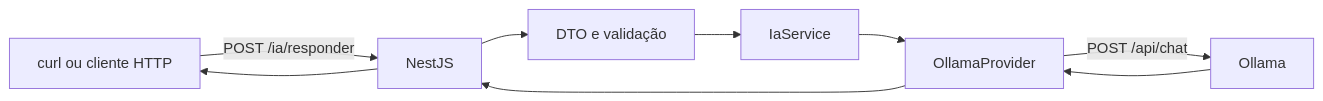
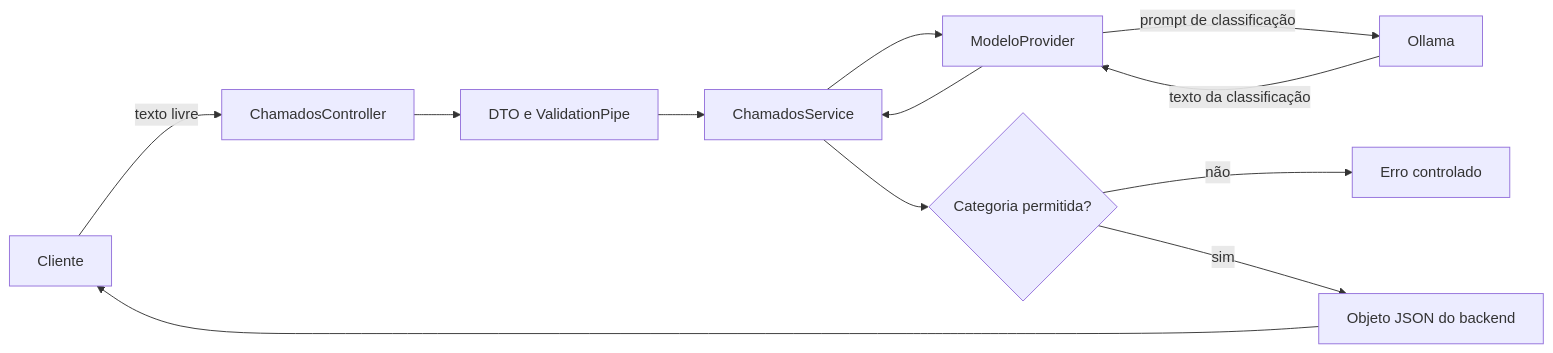
Before and after one commit to luciano-alexandre/topicos-avancados: the diagram in docs/encontros/encontro-07.md, drawn with Mermaid. The commit also changed other lines of this file and 1 other file, not shown here.

````diff
--- a/docs/encontros/encontro-07.md
+++ b/docs/encontros/encontro-07.md
@@ -26,11 +38,14 @@
 ```mermaid
 flowchart LR
-    C[curl ou cliente HTTP] -->|POST /ia/responder| N[NestJS]
-    N --> D[DTO e validação]
-    D --> S[IaService]
-    S --> P[OllamaProvider]
-    P -->|POST /api/chat| O[Ollama]
-    O --> P
-    P --> N
-    N --> C
+    C[Cliente] -->|texto livre| CT[ChamadosController]
+    CT --> D[DTO e ValidationPipe]
+    D --> S[ChamadosService]
+    S --> P[ModeloProvider]
+    P -->|prompt de classificação| O[Ollama]
+    O -->|texto da classificação| P
+    P --> S
+    S --> V{Categoria permitida?}
+    V -->|não| E[Erro controlado]
+    V -->|sim| J[Objeto JSON do backend]
+    J --> C
 ```
````
